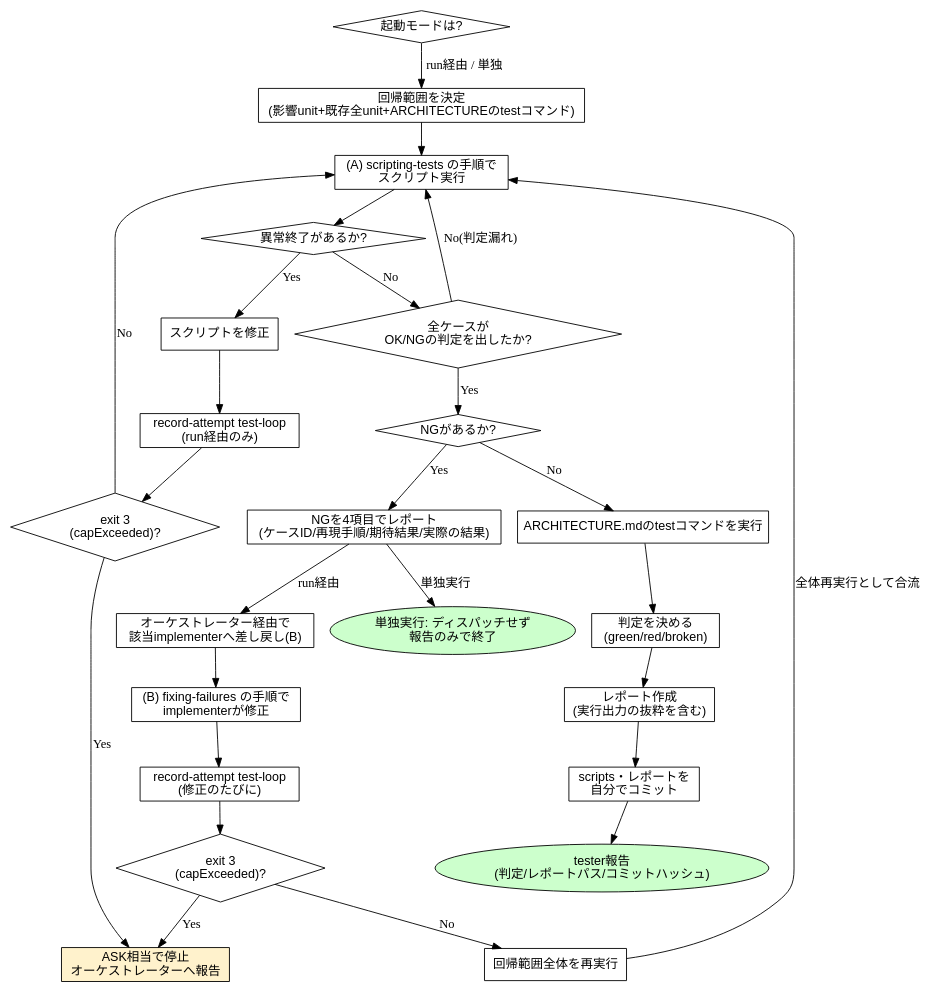
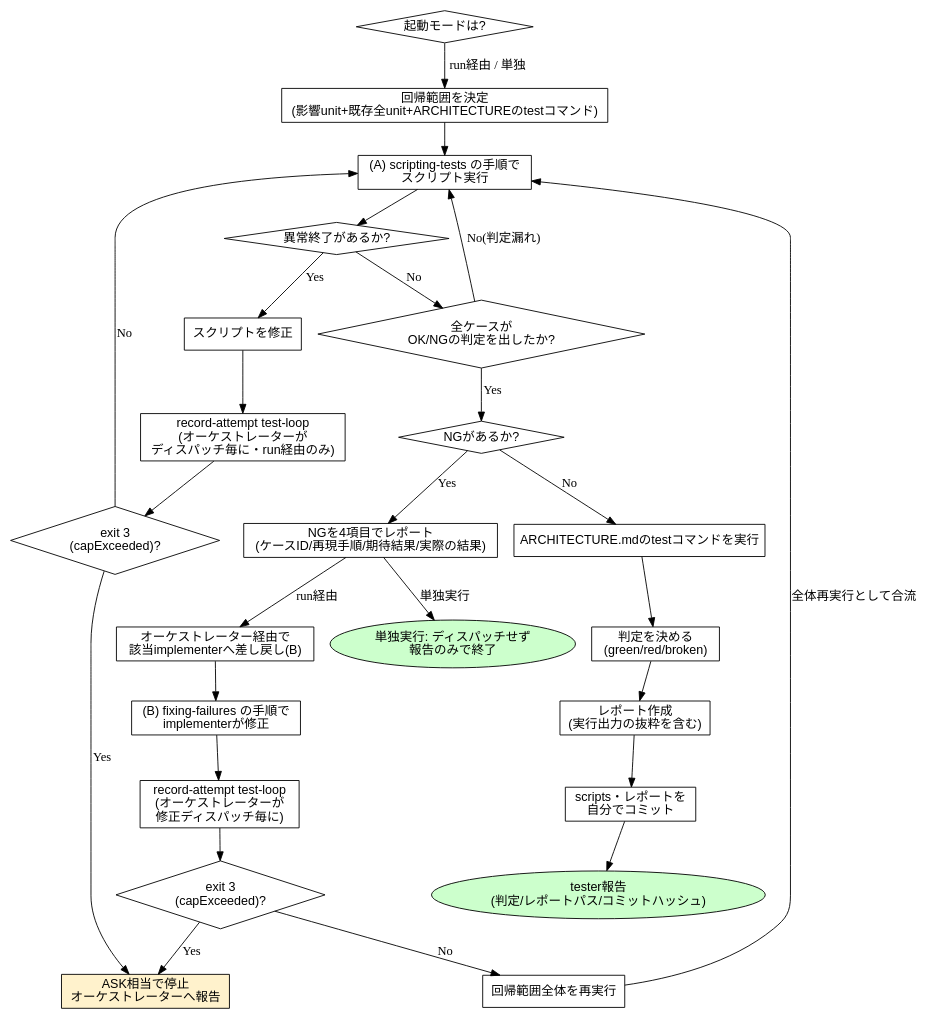
The diagram in plugins/codiel/skills/running-regression-tests/SKILL.md (Amatsuka-kobo/amatsuka-claude-plugins), drawn with Graphviz before and after one commit. The commit also changed other lines of this file and 1 other file, not shown here.

Commit message:
fix(codiel): record-attemptをオーケストレーター専権に一本化(1ディスパッチ往復=1attempt、二重計上を防止)

````diff
--- a/plugins/codiel/skills/running-regression-tests/SKILL.md
+++ b/plugins/codiel/skills/running-regression-tests/SKILL.md
@@ -134,49 +136,49 @@
 ```dot
 digraph running_regression_tests {
   rankdir=TB;
   node [fontname="sans-serif"];
 
   mode [label="起動モードは?", shape=diamond];
   scope [label="回帰範囲を決定\n(影響unit+既存全unit+ARCHITECTUREのtestコマンド)", shape=box];
   loop_a [label="(A) scripting-tests の手順で\nスクリプト実行", shape=box];
   broken [label="異常終了があるか?", shape=diamond];
   fix_script [label="スクリプトを修正", shape=box];
-  record_a [label="record-attempt test-loop\n(run経由のみ)", shape=box];
+  record_a [label="record-attempt test-loop\n(オーケストレーターが\nディスパッチ毎に・run経由のみ)", shape=box];
   cap_a [label="exit 3\n(capExceeded)?", shape=diamond];
   ask_stop [label="ASK相当で停止\nオーケストレーターへ報告", shape=box, style=filled, fillcolor="#fff2cc"];
   all_judged [label="全ケースが\nOK/NGの判定を出したか?", shape=diamond];
   ng_found [label="NGがあるか?", shape=diamond];
   report_ng [label="NGを4項目でレポート\n(ケースID/再現手順/期待結果/実際の結果)", shape=box];
   standalone_end [label="単独実行: ディスパッチせず\n報告のみで終了", shape=ellipse, style=filled, fillcolor="#ccffcc"];
   handoff [label="オーケストレーター経由で\n該当implementerへ差し戻し(B)", shape=box];
   loop_b [label="(B) fixing-failures の手順で\nimplementerが修正", shape=box];
-  record_b [label="record-attempt test-loop\n(修正のたびに)", shape=box];
+  record_b [label="record-attempt test-loop\n(オーケストレーターが\n修正ディスパッチ毎に)", shape=box];
   cap_b [label="exit 3\n(capExceeded)?", shape=diamond];
   rerun_all [label="回帰範囲全体を再実行", shape=box];
   unit_test [label="ARCHITECTURE.mdのtestコマンドを実行", shape=box];
   verdict [label="判定を決める\n(green/red/broken)", shape=box];
   report [label="レポート作成\n(実行出力の抜粋を含む)", shape=box];
   commit [label="scripts・レポートを\n自分でコミット", shape=box];
   done [label="tester報告\n(判定/レポートパス/コミットハッシュ)", shape=ellipse, style=filled, fillcolor="#ccffcc"];
 
   mode -> scope [label="run経由 / 単独"];
   scope -> loop_a -> broken;
   broken -> fix_script [label="Yes"];
   fix_script -> record_a;
   record_a -> cap_a;
   cap_a -> ask_stop [label="Yes"];
   cap_a -> loop_a [label="No"];
   broken -> all_judged [label="No"];
   all_judged -> loop_a [label="No(判定漏れ)"];
   all_judged -> ng_found [label="Yes"];
   ng_found -> unit_test [label="No"];
   ng_found -> report_ng [label="Yes"];
   report_ng -> standalone_end [label="単独実行"];
   report_ng -> handoff [label="run経由"];
   handoff -> loop_b -> record_b -> cap_b;
   cap_b -> ask_stop [label="Yes"];
   cap_b -> rerun_all [label="No"];
   rerun_all -> loop_a [label="全体再実行として合流"];
   unit_test -> verdict -> report -> commit -> done;
 }
 ```
````
